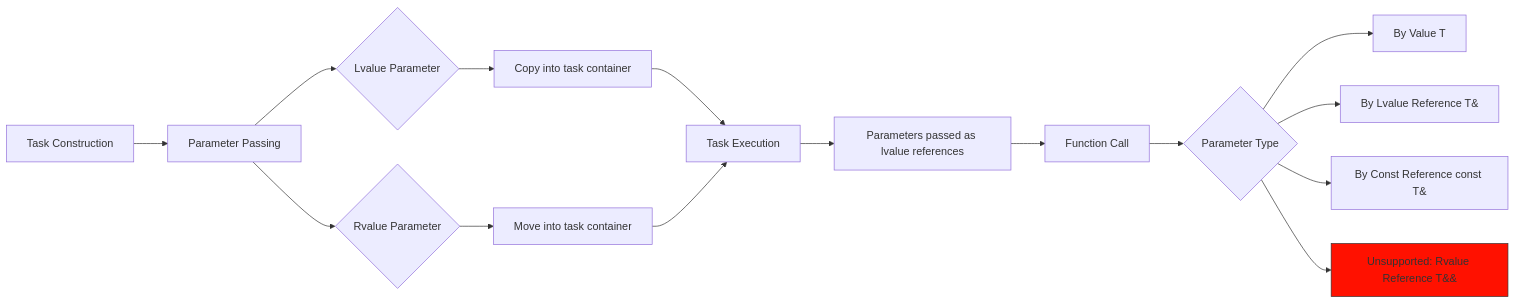
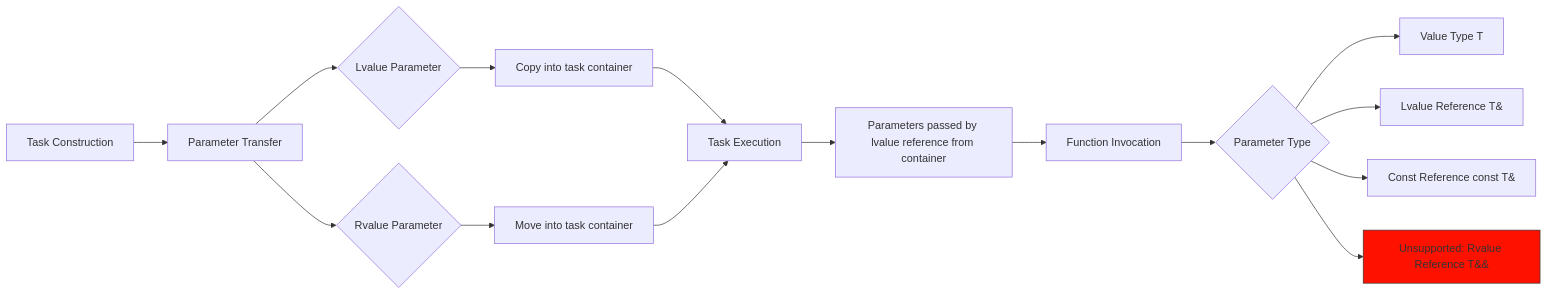
One commit to HSLL175848494/ThreadPool changed the second of 2 diagrams in README.en.md. Above: the diagram before and after it, drawn with Mermaid. The commit also changed other lines of this file and 11 other files, not shown here.

````diff
--- a/README.en.md
+++ b/README.en.md
@@ -136,21 +124,21 @@
 ```mermaid
 graph LR
-    A[Task Construction] --> B[Parameter Passing]
+    A[Task Construction] --> B[Parameter Transfer]
     B --> C{Lvalue Parameter}
     B --> D{Rvalue Parameter}
     C --> E[Copy into task container]
     D --> F[Move into task container]
     
-    H[Task Execution] --> I[Parameters passed as lvalue references]
+    H[Task Execution]  --> I[Parameters passed by lvalue reference from container]
     E --> H
     F --> H
     
-    I --> J[Function Call]
+    I --> J[Function Invocation]
     J --> K{Parameter Type}
-    K --> L[By Value T]
-    K --> M[By Lvalue Reference T&]
-    K --> N[By Const Reference const T&]
+    K --> L[Value Type T]
+    K --> M[Lvalue Reference T&]
+    K --> N[Const Reference const T&]
     K --> O[Unsupported: Rvalue Reference T&& ]:::unsupported
     
     classDef unsupported fill:#f10,stroke:#333
 ```
````
